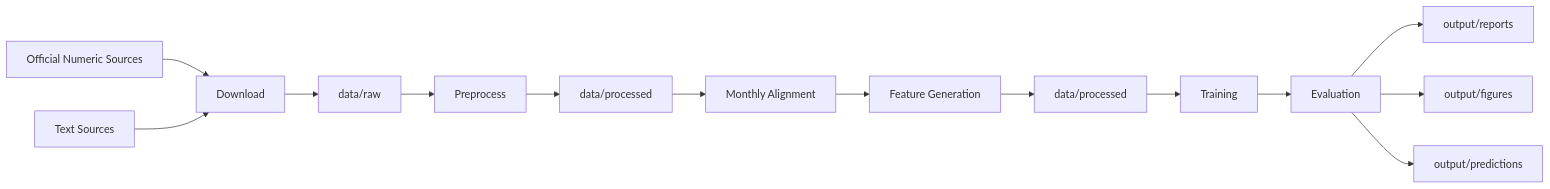
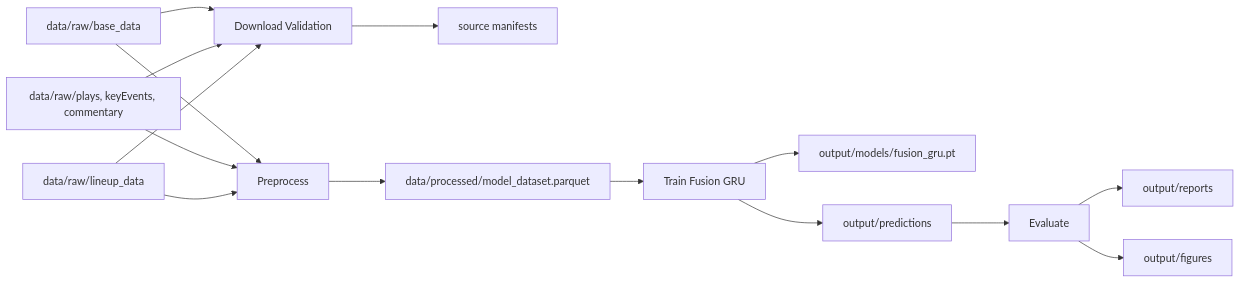
Before and after one commit to oguzhanozkaya/football-inplay-prediction: the first of 3 diagrams in docs/architecture.md, drawn with Mermaid. The commit also changed other lines of this file and 29 other files, not shown here.

````diff
--- a/docs/architecture.md
+++ b/docs/architecture.md
@@ -32,16 +32,17 @@
 ```mermaid
 flowchart LR
-    A[Official Numeric Sources] --> C[Download]
-    B[Text Sources] --> C
-    C --> D[data/raw]
-    D --> E[Preprocess]
-    E --> F[data/processed]
-    F --> G[Monthly Alignment]
-    G --> H[Feature Generation]
-    H --> I[data/processed]
-    I --> J[Training]
-    J --> K[Evaluation]
+    A[data/raw/base_data] --> D[Download Validation]
+    B[data/raw/plays, keyEvents, commentary] --> D
+    C[data/raw/lineup_data] --> D
+    D --> E[source manifests]
+    A --> F[Preprocess]
+    B --> F
+    C --> F
+    F --> G[data/processed/model_dataset.parquet]
+    G --> H[Train Fusion GRU]
+    H --> I[output/models/fusion_gru.pt]
+    H --> J[output/predictions]
+    J --> K[Evaluate]
     K --> L[output/reports]
     K --> M[output/figures]
-    K --> N[output/predictions]
 ```
````
